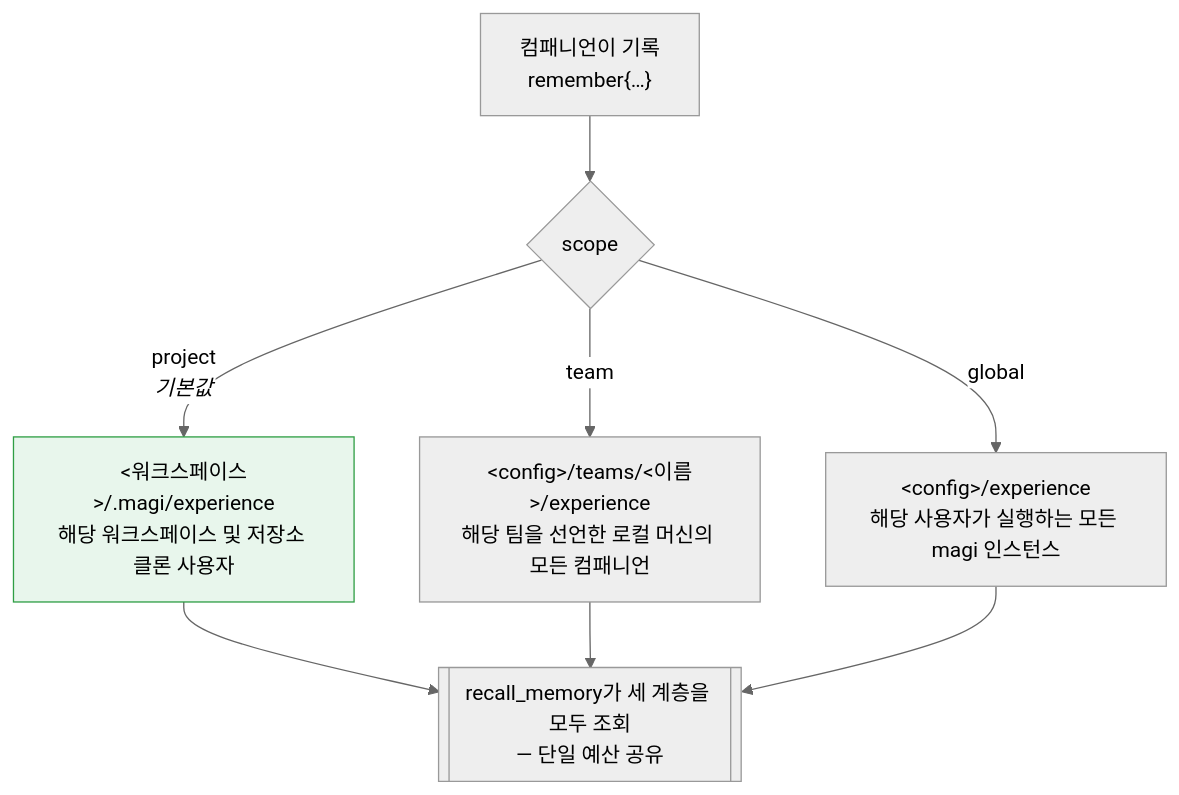
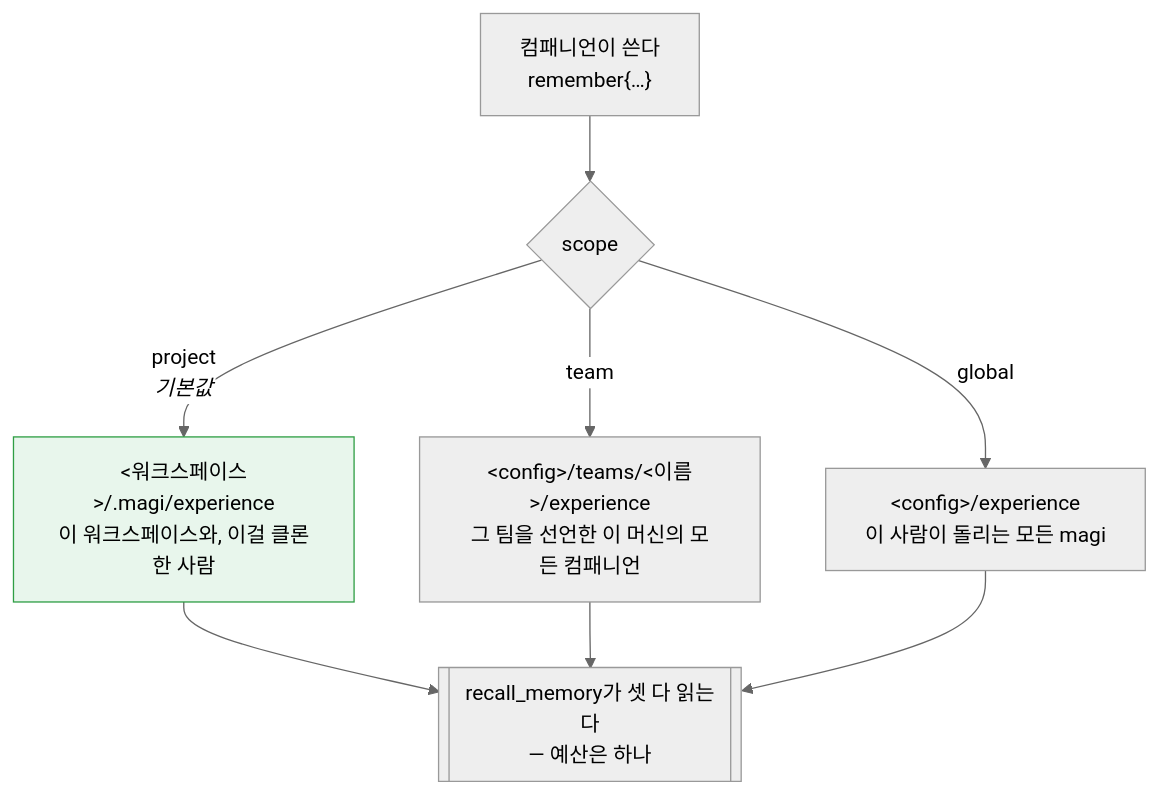
The third of 6 diagrams in docs/EXTENDING.ko.md (sayaya1090/magi), drawn with Mermaid (neutral theme) before and after one commit. The commit also changed other lines of this file and 4 other files, not shown here.

````diff
--- a/docs/EXTENDING.ko.md
+++ b/docs/EXTENDING.ko.md
@@ -179,10 +222,10 @@
 ```mermaid
 flowchart TD
-    W["컴패니언이 기록<br/>remember{…}"] --> T{scope}
-    T -->|project<br/><i>기본값</i>| P["&lt;워크스페이스&gt;/.magi/experience<br/>해당 워크스페이스 및 저장소 클론 사용자"]
-    T -->|team| TE["&lt;config&gt;/teams/&lt;이름&gt;/experience<br/>해당 팀을 선언한 로컬 머신의 모든 컴패니언"]
-    T -->|global| G["&lt;config&gt;/experience<br/>해당 사용자가 실행하는 모든 magi 인스턴스"]
-    P & TE & G --> R[["recall_memory가 세 계층을 모두 조회<br/>— 단일 예산 공유"]]
+    W["컴패니언이 쓴다<br/>remember{…}"] --> T{scope}
+    T -->|project<br/><i>기본값</i>| P["&lt;워크스페이스&gt;/.magi/experience<br/>이 워크스페이스와, 이걸 클론한 사람"]
+    T -->|team| TE["&lt;config&gt;/teams/&lt;이름&gt;/experience<br/>그 팀을 선언한 이 머신의 모든 컴패니언"]
+    T -->|global| G["&lt;config&gt;/experience<br/>이 사람이 돌리는 모든 magi"]
+    P & TE & G --> R[["recall_memory가 셋 다 읽는다<br/>— 예산은 하나"]]
 
     style P fill:#e8f6ec,stroke:#2f9e44
 ```
````
